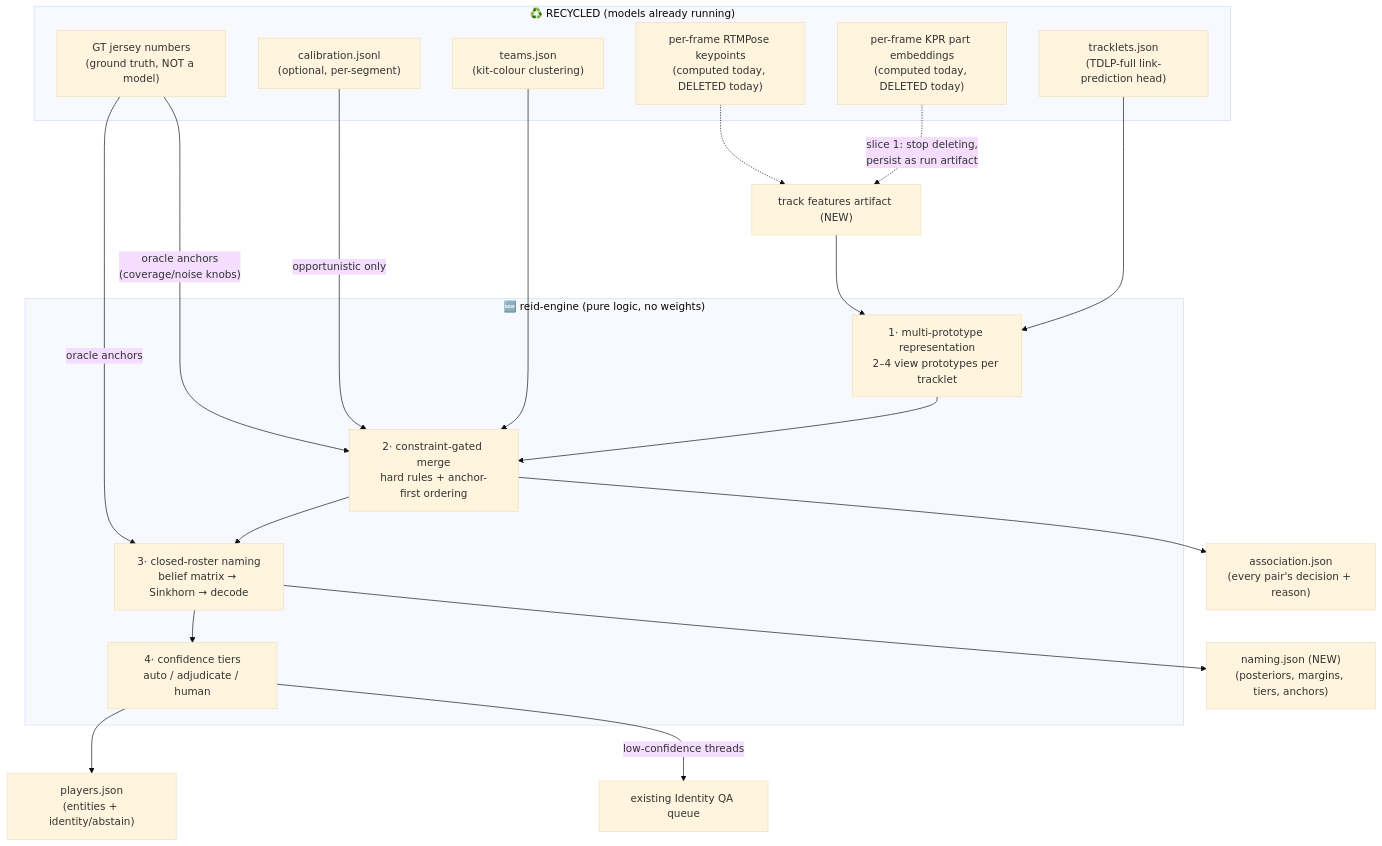
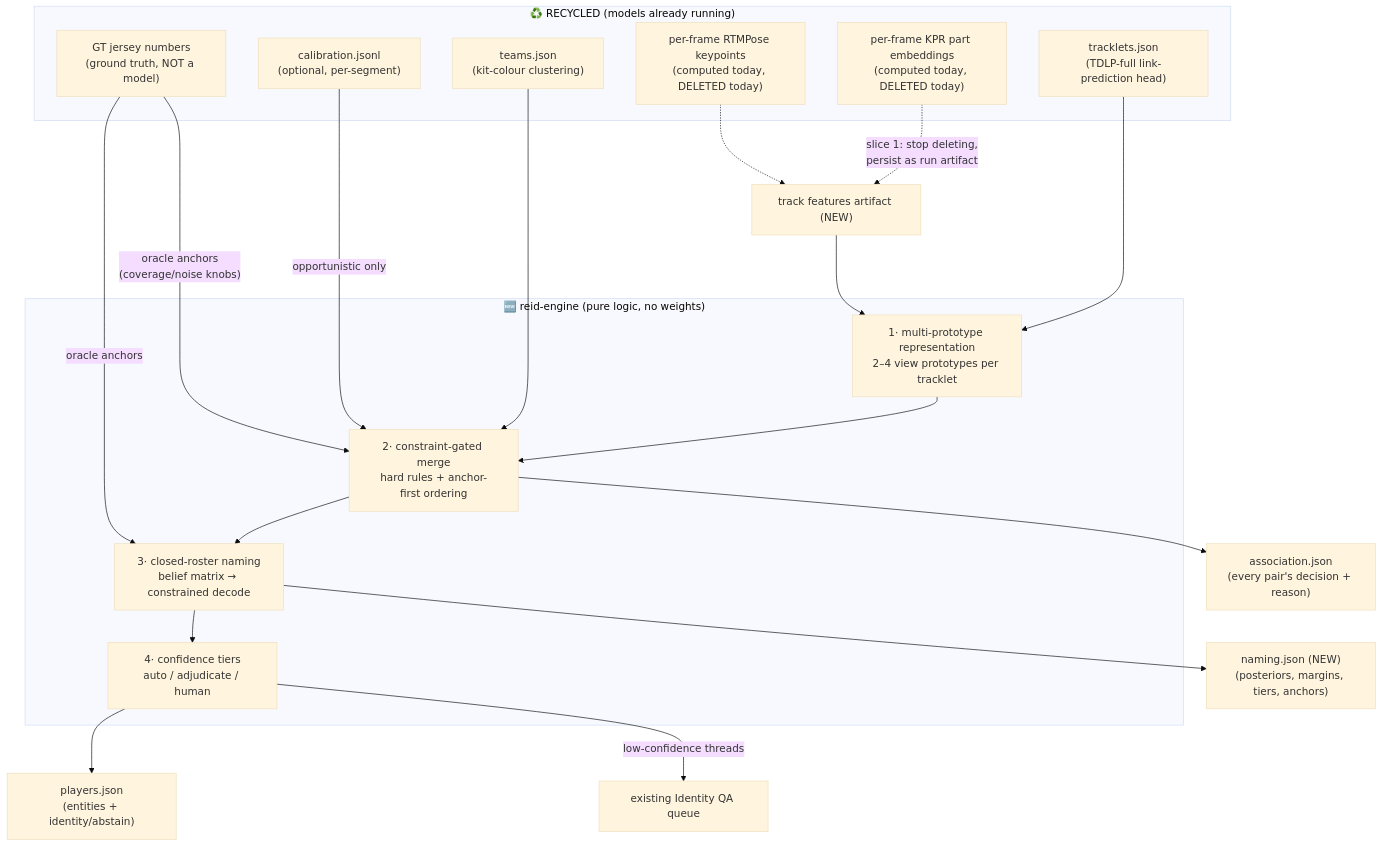
The second of 3 diagrams in REID-SYSTEM.md (hardyjeremy98/sports-stats), drawn with Mermaid (base theme) before and after one commit. The commit also changed other lines of this file and 12 other files, not shown here.

````diff
--- a/REID-SYSTEM.md
+++ b/REID-SYSTEM.md
@@ -44,34 +44,34 @@
 ```mermaid
 flowchart TD
     subgraph recycled["♻️ RECYCLED (models already running)"]
         TR["tracklets.json<br/>(TDLP-full link-prediction head)"]
         KPR["per-frame KPR part embeddings<br/>(computed today, DELETED today)"]
         POSE["per-frame RTMPose keypoints<br/>(computed today, DELETED today)"]
         TEAM["teams.json<br/>(kit-colour clustering)"]
         CAL["calibration.jsonl<br/>(optional, per-segment)"]
         GT["GT jersey numbers<br/>(ground truth, NOT a model)"]
     end
 
     KPR -.->|"slice 1: stop deleting,<br/>persist as run artifact"| FEAT["track features artifact (NEW)"]
     POSE -.-> FEAT
 
     subgraph engine["🆕 reid-engine (pure logic, no weights)"]
         REP["1· multi-prototype representation<br/>2–4 view prototypes per tracklet"]
         MERGE["2· constraint-gated merge<br/>hard rules + anchor-first ordering"]
-        NAME["3· closed-roster naming<br/>belief matrix → Sinkhorn → decode"]
+        NAME["3· closed-roster naming<br/>belief matrix → constrained decode"]
         TIER["4· confidence tiers<br/>auto / adjudicate / human"]
         REP --> MERGE --> NAME --> TIER
     end
 
     TR --> REP
     FEAT --> REP
     TEAM --> MERGE
     CAL -->|"opportunistic only"| MERGE
     GT -->|"oracle anchors<br/>(coverage/noise knobs)"| MERGE
     GT -->|"oracle anchors"| NAME
 
     TIER --> OUT1["players.json<br/>(entities + identity/abstain)"]
     MERGE --> OUT2["association.json<br/>(every pair's decision + reason)"]
     NAME --> OUT3["naming.json (NEW)<br/>(posteriors, margins, tiers, anchors)"]
     TIER -->|"low-confidence threads"| QA["existing Identity QA queue"]
 ```
````
